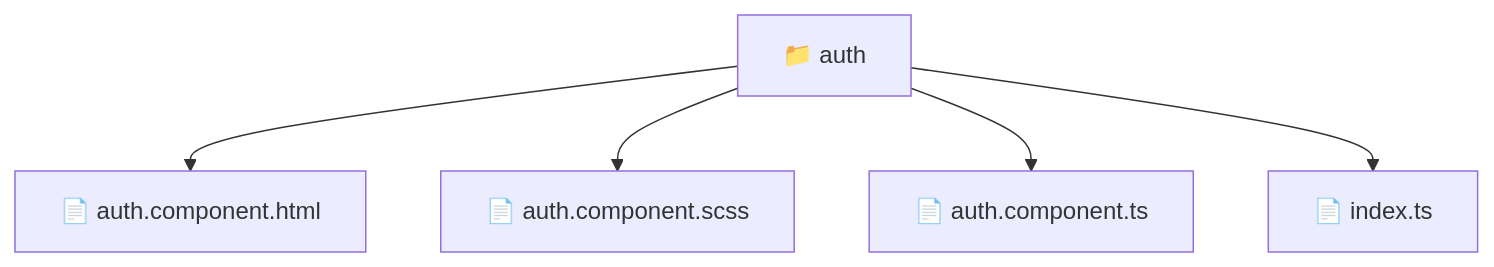
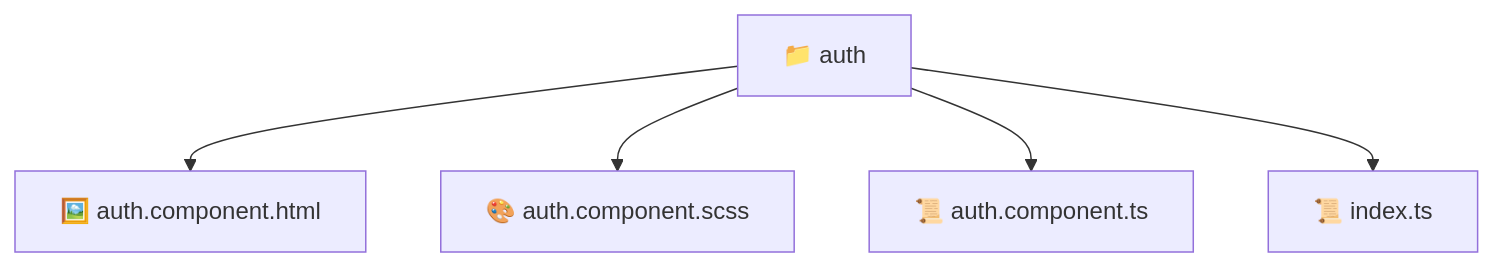
The diagram in frontend/src/pages/auth/README.md (beginwebdev2002/fullstack-mavluda), drawn with Mermaid before and after one commit. The commit also changed other lines of this file and 163 other files, not shown here.

````diff
--- a/frontend/src/pages/auth/README.md
+++ b/frontend/src/pages/auth/README.md
@@ -11,8 +11,8 @@
 ```mermaid
 graph TD
-  Root["📁 auth"]
-  Root --> auth_component_html["📄 auth.component.html"]
-  Root --> auth_component_scss["📄 auth.component.scss"]
-  Root --> auth_component_ts["📄 auth.component.ts"]
-  Root --> index_ts["📄 index.ts"]
+  auth["📁 auth"]
+  auth --> auth_component_html["🖼️ auth.component.html"]
+  auth --> auth_component_scss["🎨 auth.component.scss"]
+  auth --> auth_component_ts["📜 auth.component.ts"]
+  auth --> index_ts["📜 index.ts"]
 ```
````
